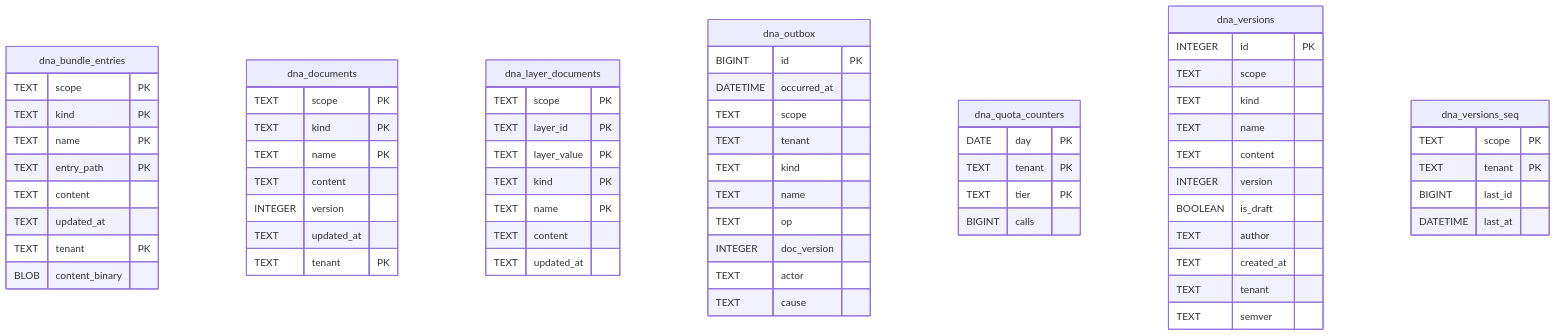
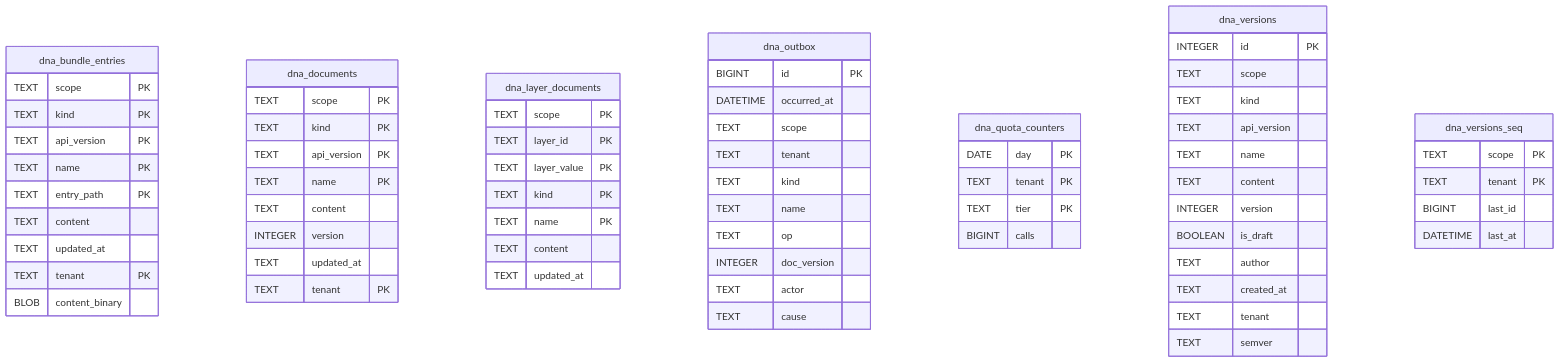
One commit to ruinosus/dna changed diagram 12 of 12 in docs/reference/data-model.md. Above: the diagram before and after it, drawn with Mermaid. The commit also changed other lines of this file and 11 other files, not shown here.

````diff
--- a/docs/reference/data-model.md
+++ b/docs/reference/data-model.md
@@ -609,68 +609,71 @@
 ```mermaid
 erDiagram
     dna_bundle_entries {
         TEXT scope PK
         TEXT kind PK
+        TEXT api_version PK
         TEXT name PK
         TEXT entry_path PK
         TEXT content
         TEXT updated_at
         TEXT tenant PK
         BLOB content_binary
     }
     dna_documents {
         TEXT scope PK
         TEXT kind PK
+        TEXT api_version PK
         TEXT name PK
         TEXT content
         INTEGER version
         TEXT updated_at
         TEXT tenant PK
     }
     dna_layer_documents {
         TEXT scope PK
         TEXT layer_id PK
         TEXT layer_value PK
         TEXT kind PK
         TEXT name PK
         TEXT content
         TEXT updated_at
     }
     dna_outbox {
         BIGINT id PK
         DATETIME occurred_at
         TEXT scope
         TEXT tenant
         TEXT kind
         TEXT name
         TEXT op
         INTEGER doc_version
         TEXT actor
         TEXT cause
     }
     dna_quota_counters {
         DATE day PK
         TEXT tenant PK
         TEXT tier PK
         BIGINT calls
     }
     dna_versions {
         INTEGER id PK
         TEXT scope
         TEXT kind
+        TEXT api_version
         TEXT name
         TEXT content
         INTEGER version
         BOOLEAN is_draft
         TEXT author
         TEXT created_at
         TEXT tenant
         TEXT semver
     }
     dna_versions_seq {
         TEXT scope PK
         TEXT tenant PK
         BIGINT last_id
         DATETIME last_at
     }
 ```
````
